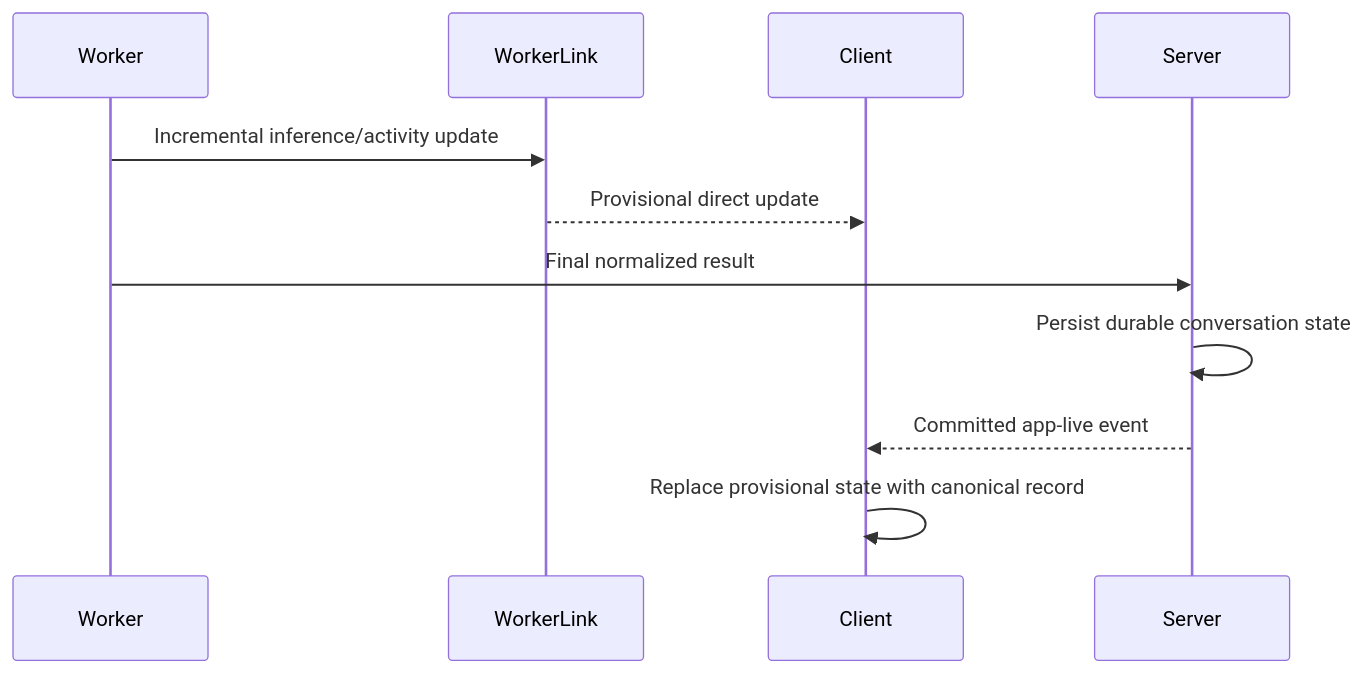
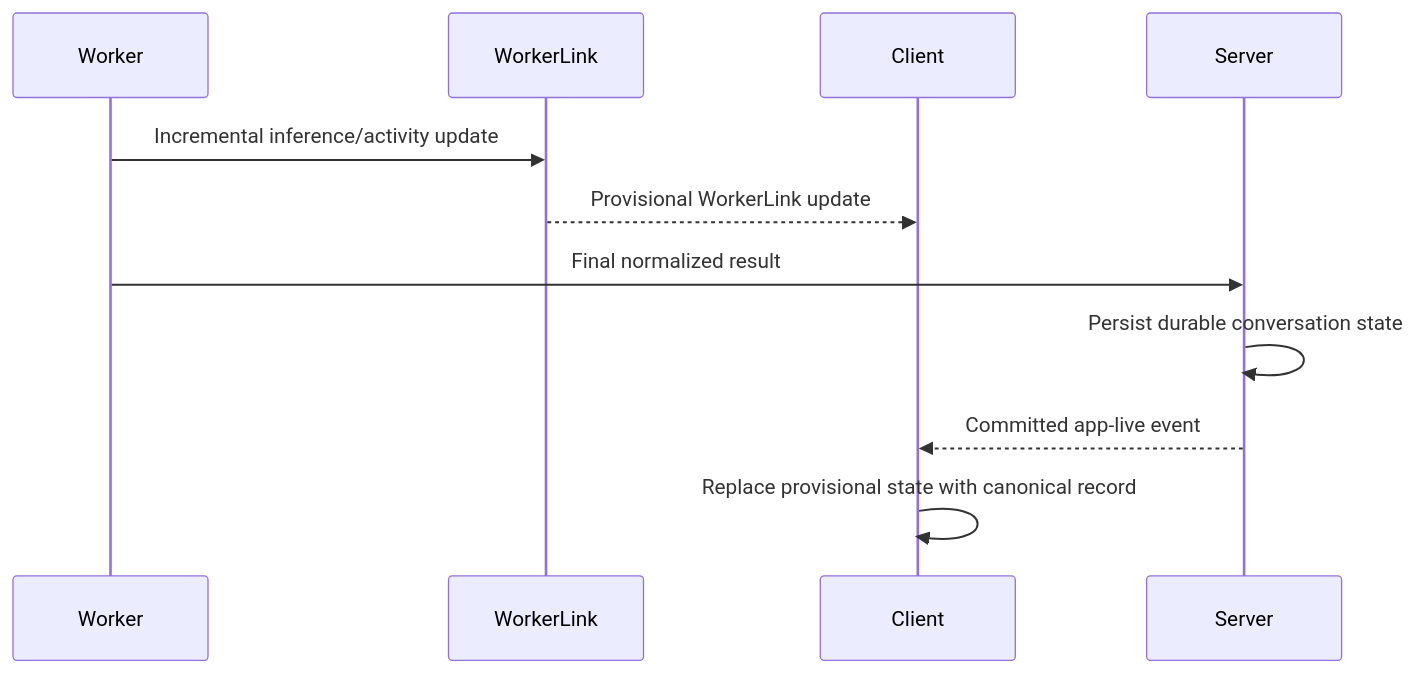
Before and after one commit to ArcaneArts/Cantrip: the fifth of 6 diagrams in docs/NETWORK.md, drawn with Mermaid. The commit also changed other lines of this file and 47 other files, not shown here.

````diff
--- a/docs/NETWORK.md
+++ b/docs/NETWORK.md
@@ -514,14 +537,14 @@
 ```mermaid
 sequenceDiagram
     participant W as Worker
     participant L as WorkerLink
     participant C as Client
     participant S as Server
 
     W->>L: Incremental inference/activity update
-    L-->>C: Provisional direct update
+    L-->>C: Provisional WorkerLink update
     W->>S: Final normalized result
     S->>S: Persist durable conversation state
     S-->>C: Committed app-live event
     C->>C: Replace provisional state with canonical record
 ```
````
